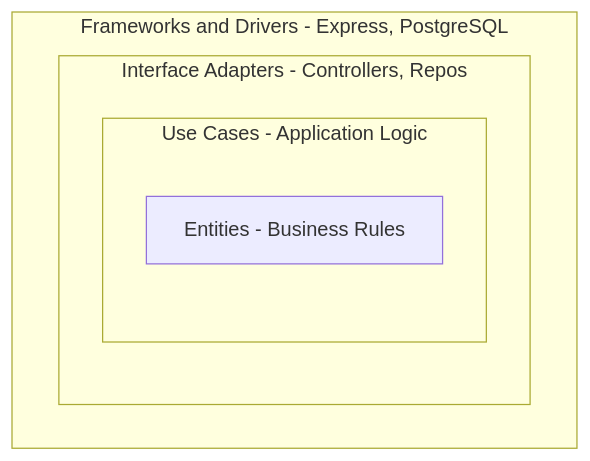
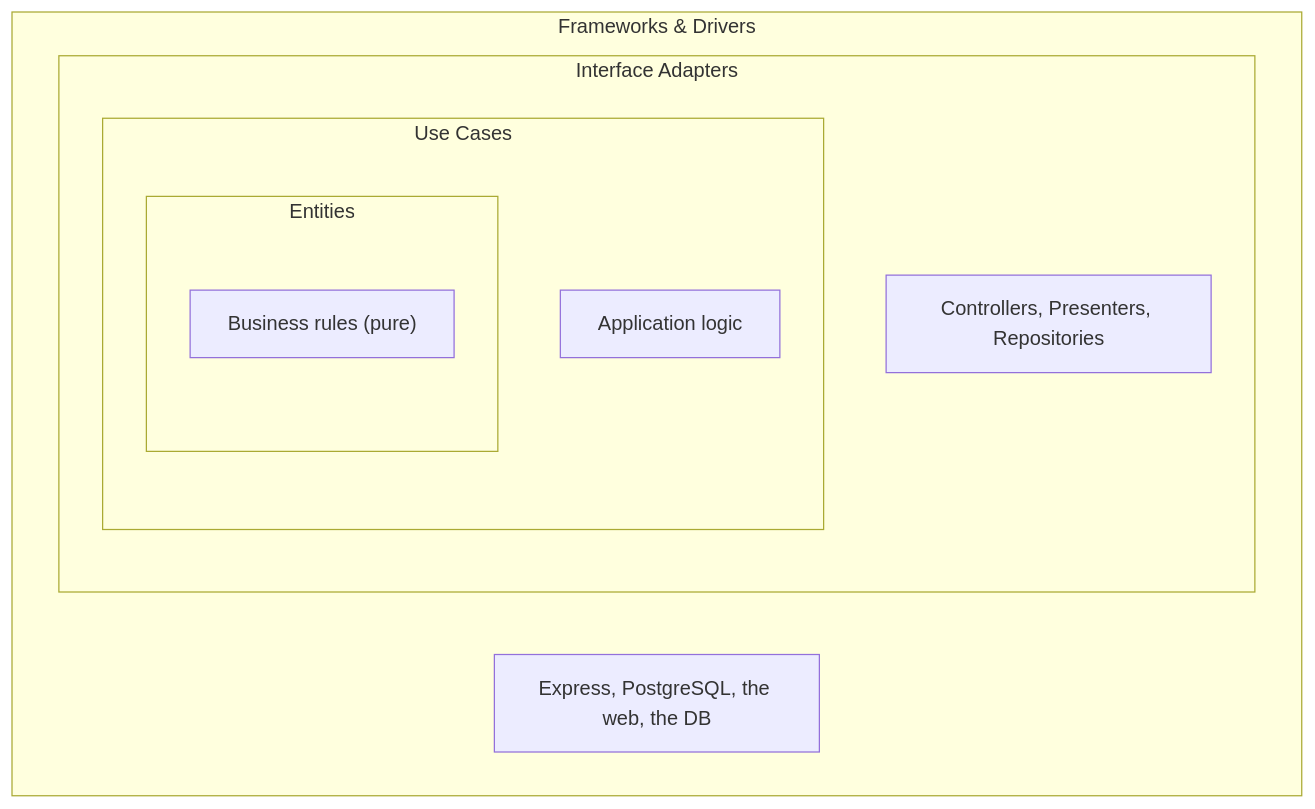
Before and after one commit to suphakin-th/system-architecture-design-learning-book: the first of 3 diagrams in docs/architecture/00_foundation.md, drawn with Mermaid. The commit also changed 2 other files, not shown here.

Commit message:
docs: stop nested Clean Architecture diagrams from collapsing
Subgraphs whose only child was another subgraph rendered as empty shells
that collapse into each other in the browser. Give every layer a real
labeled node so Mermaid sizes each ring, and nest IA/UC/Entities concentric
(not as siblings) to match the dependency rule. Verified by rendering each
diagram with mermaid-cli.

````diff
--- a/docs/architecture/00_foundation.md
+++ b/docs/architecture/00_foundation.md
@@ -22,10 +22,15 @@
 ```mermaid
 flowchart TD
-  subgraph L4["Frameworks and Drivers - Express, PostgreSQL"]
-    subgraph L3["Interface Adapters - Controllers, Repos"]
-      subgraph L2["Use Cases - Application Logic"]
-        L1["Entities - Business Rules"]
+  subgraph L4["Frameworks & Drivers"]
+    L4n["Express, PostgreSQL, the web, the DB"]
+    subgraph L3["Interface Adapters"]
+      L3n["Controllers, Presenters, Repositories"]
+      subgraph L2["Use Cases"]
+        L2n["Application logic"]
+        subgraph L1["Entities"]
+          L1n["Business rules (pure)"]
+        end
       end
     end
   end
 ```
````
